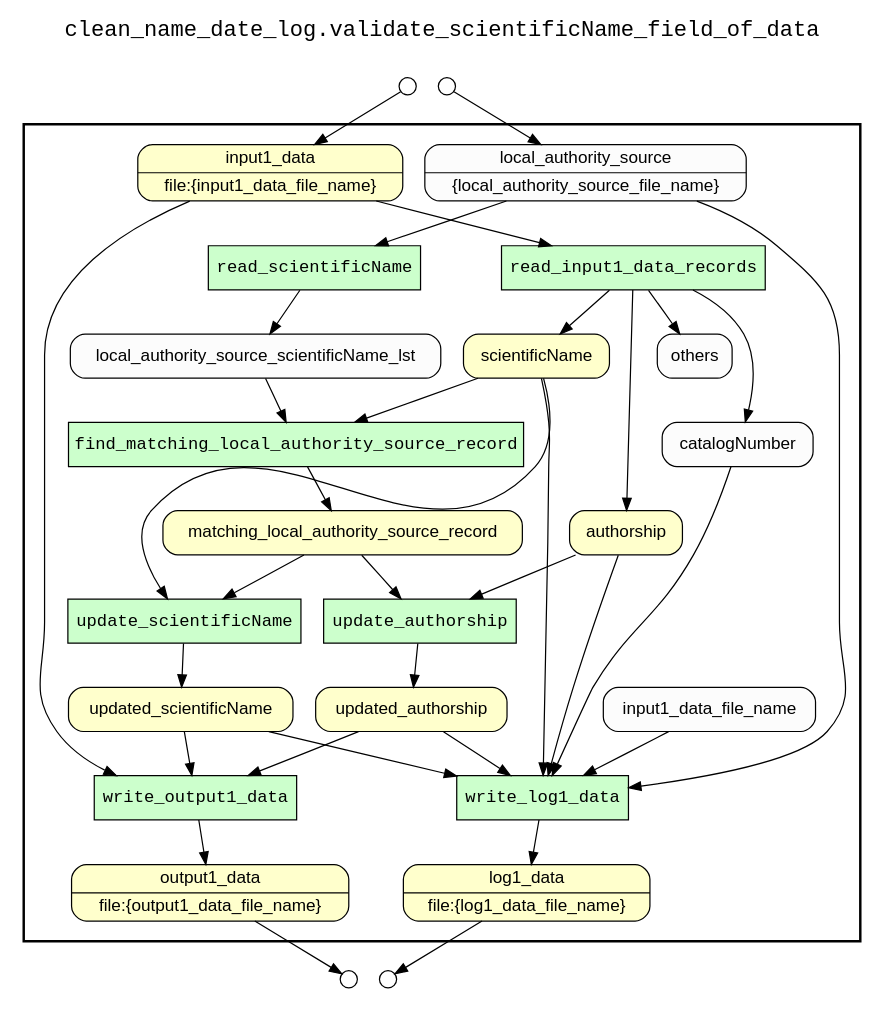
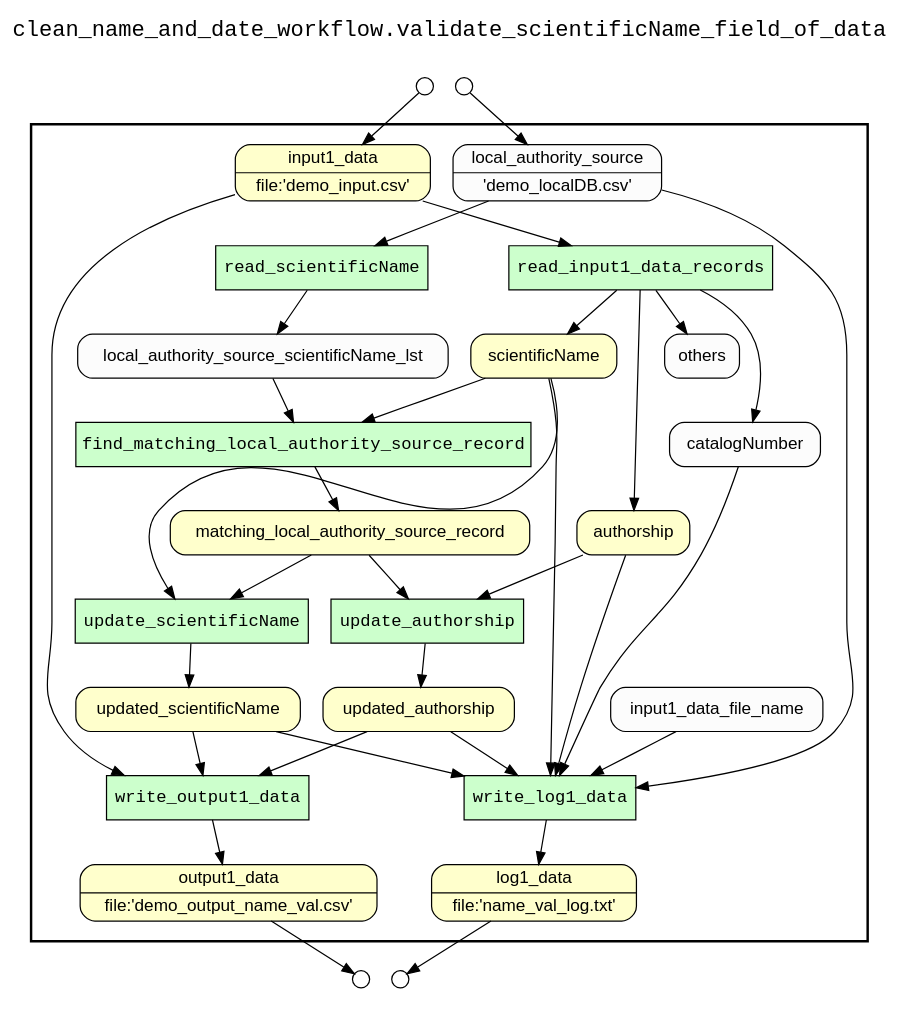
Before and after one commit to ludaesch/kurator-YW: the diagram in yw/subgraph_name_val.gv, drawn with Graphviz. The commit also changed 11 other files, not shown here.

```diff
--- a/yw/subgraph_name_val.gv
+++ b/yw/subgraph_name_val.gv
@@ -1,73 +1,73 @@
 digraph Workflow {
 rankdir=TB
 fontname=Courier; fontsize=18; labelloc=t
-label="clean_name_date_log.validate_scientificName_field_of_data"
+label="clean_name_and_date_workflow.validate_scientificName_field_of_data"
 subgraph cluster_workflow_box_outer { label=""; color=black; penwidth=2
 subgraph cluster_workflow_box_inner { label=""; color=white
 node[shape=box style=filled fillcolor="#CCFFCC" peripheries=1 fontname=Courier]
 read_scientificName
 read_input1_data_records
 find_matching_local_authority_source_record
 update_scientificName
 update_authorship
 write_log1_data
 write_output1_data
 node[shape=box style="rounded,filled" fillcolor="#FFFFCC" peripheries=1 fontname=Helvetica]
-output1_data [shape=record rankdir=LR label="{<f0> output1_data |<f1> file\:\{output1_data_file_name\}}"];
-log1_data [shape=record rankdir=LR label="{<f0> log1_data |<f1> file\:\{log1_data_file_name\}}"];
-input1_data [shape=record rankdir=LR label="{<f0> input1_data |<f1> file\:\{input1_data_file_name\}}"];
+output1_data [shape=record rankdir=LR label="{<f0> output1_data |<f1> file\:'demo_output_name_val.csv'}"];
+log1_data [shape=record rankdir=LR label="{<f0> log1_data |<f1> file\:'name_val_log.txt'}"];
+input1_data [shape=record rankdir=LR label="{<f0> input1_data |<f1> file\:'demo_input.csv'}"];
 scientificName
 matching_local_authority_source_record
 authorship
 updated_scientificName
 updated_authorship
 node[shape=box style="rounded,filled" fillcolor="#FCFCFC" peripheries=1 fontname=Helvetica]
-local_authority_source [shape=record rankdir=LR label="{<f0> local_authority_source |<f1> \{local_authority_source_file_name\}}"];
+local_authority_source [shape=record rankdir=LR label="{<f0> local_authority_source |<f1> 'demo_localDB.csv'}"];
 local_authority_source_scientificName_lst
 catalogNumber
 read_scientificName -> local_authority_source_scientificName_lst
 local_authority_source -> read_scientificName
 read_input1_data_records -> scientificName
 read_input1_data_records -> authorship
 read_input1_data_records -> catalogNumber
 read_input1_data_records -> others
 input1_data -> read_input1_data_records
 find_matching_local_authority_source_record -> matching_local_authority_source_record
 scientificName -> find_matching_local_authority_source_record
 local_authority_source_scientificName_lst -> find_matching_local_authority_source_record
 update_scientificName -> updated_scientificName
 scientificName -> update_scientificName
 matching_local_authority_source_record -> update_scientificName
 update_authorship -> updated_authorship
 matching_local_authority_source_record -> update_authorship
 authorship -> update_authorship
 write_log1_data -> log1_data
 input1_data_file_name -> write_log1_data
 catalogNumber -> write_log1_data
 local_authority_source -> write_log1_data
 scientificName -> write_log1_data
 authorship -> write_log1_data
 updated_scientificName -> write_log1_data
 updated_authorship -> write_log1_data
 write_output1_data -> output1_data
 input1_data -> write_output1_data
 updated_scientificName -> write_output1_data
 updated_authorship -> write_output1_data
 }}
 subgraph cluster_input_ports_group_outer { label=""; color=white
 subgraph cluster_input_ports_group_inner { label=""; color=white
 node[shape=circle style="rounded,filled" fillcolor="#FFFFFF" peripheries=1 fontname=Helvetica width=0.2]
 local_authority_source_input_port [label=""]
 input1_data_input_port [label=""]
 }}
 subgraph cluster_output_ports_group_outer { label=""; color=white
 subgraph cluster_output_ports_group_inner { label=""; color=white
 node[shape=circle style="rounded,filled" fillcolor="#FFFFFF" peripheries=1 fontname=Helvetica width=0.2]
 output1_data_output_port [label=""]
 log1_data_output_port [label=""]
 }}
 local_authority_source_input_port -> local_authority_source
 input1_data_input_port -> input1_data
 output1_data -> output1_data_output_port
 log1_data -> log1_data_output_port
 }
```
